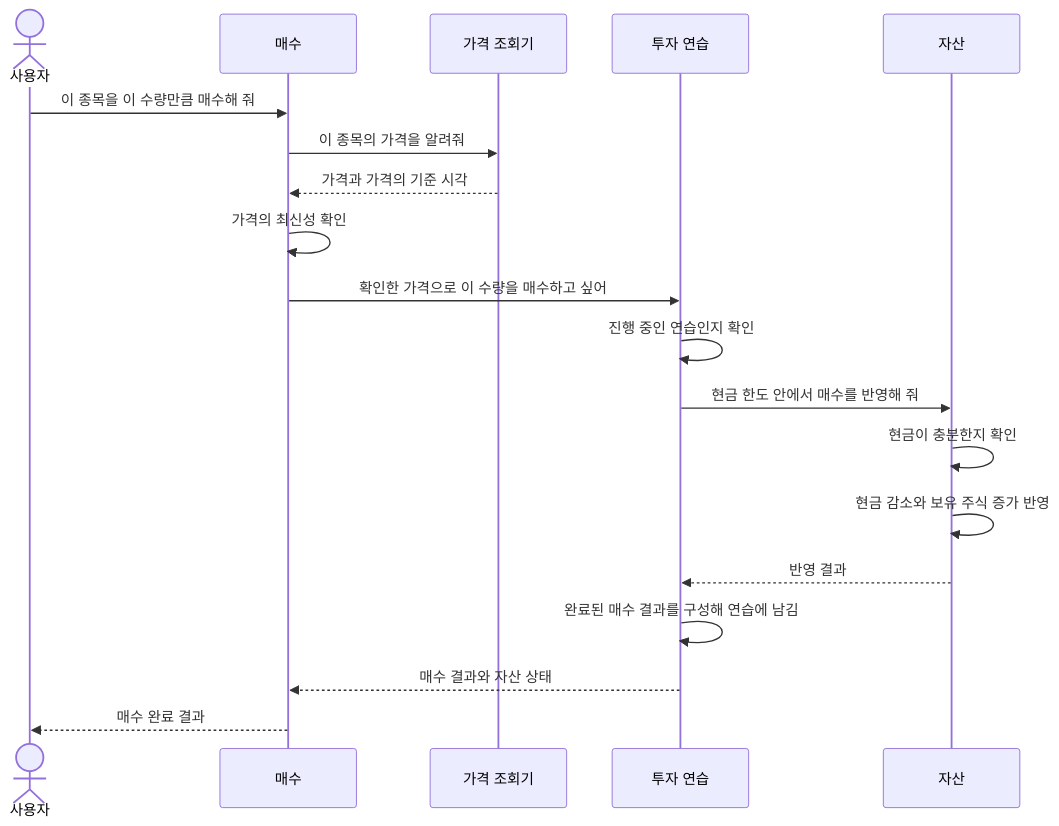
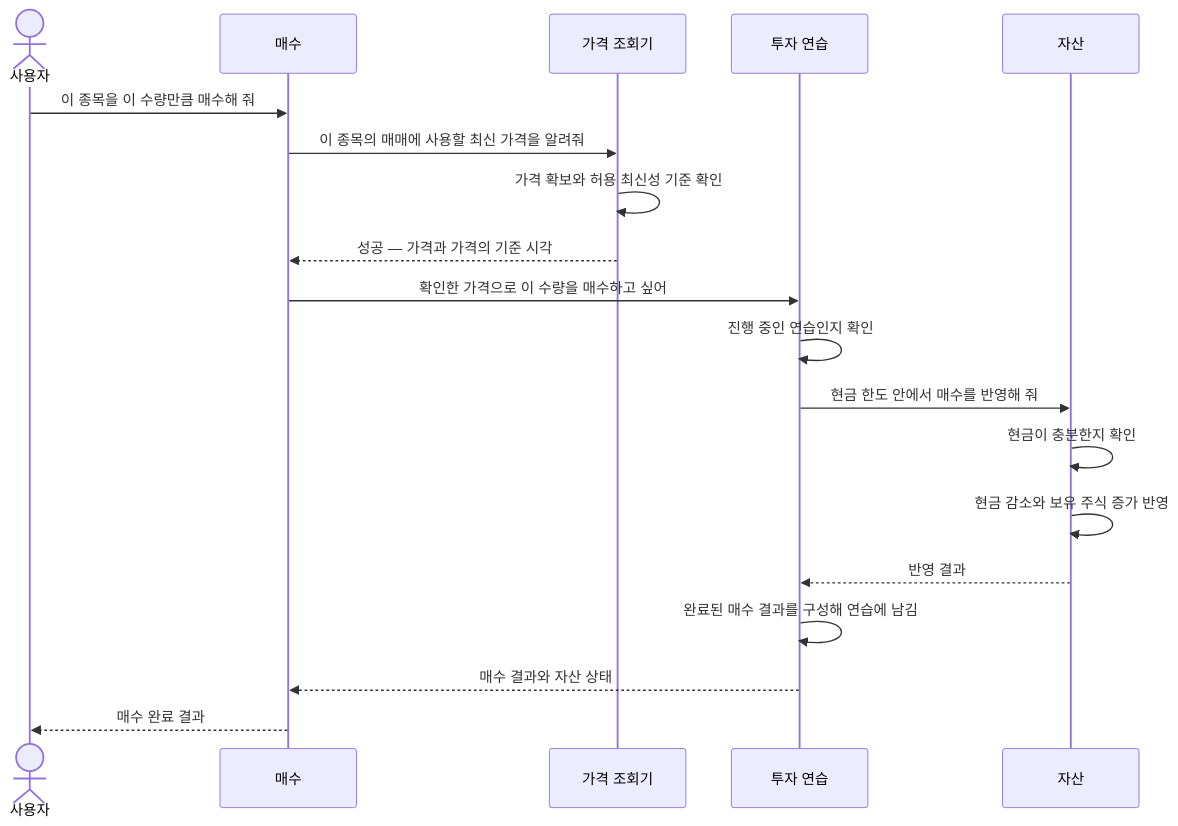
Before and after one commit to PhilPark-geosr/stock-agent: the first of 3 diagrams in design/paper_trading_buy_sequence.md, drawn with Mermaid. The commit also changed other lines of this file and 5 other files, not shown here.

Commit message:
docs: record buy and sell collaboration and failure flows

````diff
--- a/design/paper_trading_buy_sequence.md
+++ b/design/paper_trading_buy_sequence.md
@@ -19,25 +19,25 @@
 ```mermaid
 sequenceDiagram
     actor 사용자
     participant 매수
     participant 가격조회기 as 가격 조회기
     participant 투자연습 as 투자 연습
     participant 자산
 
     사용자->>매수: 이 종목을 이 수량만큼 매수해 줘
-    매수->>가격조회기: 이 종목의 가격을 알려줘
-    가격조회기-->>매수: 가격과 가격의 기준 시각
-    매수->>매수: 가격의 최신성 확인
+    매수->>가격조회기: 이 종목의 매매에 사용할 최신 가격을 알려줘
+    가격조회기->>가격조회기: 가격 확보와 허용 최신성 기준 확인
+    가격조회기-->>매수: 성공 — 가격과 가격의 기준 시각
 
     매수->>투자연습: 확인한 가격으로 이 수량을 매수하고 싶어
     투자연습->>투자연습: 진행 중인 연습인지 확인
     투자연습->>자산: 현금 한도 안에서 매수를 반영해 줘
 
     자산->>자산: 현금이 충분한지 확인
     자산->>자산: 현금 감소와 보유 주식 증가 반영
     자산-->>투자연습: 반영 결과
 
     투자연습->>투자연습: 완료된 매수 결과를 구성해 연습에 남김
     투자연습-->>매수: 매수 결과와 자산 상태
     매수-->>사용자: 매수 완료 결과
 ```
````
